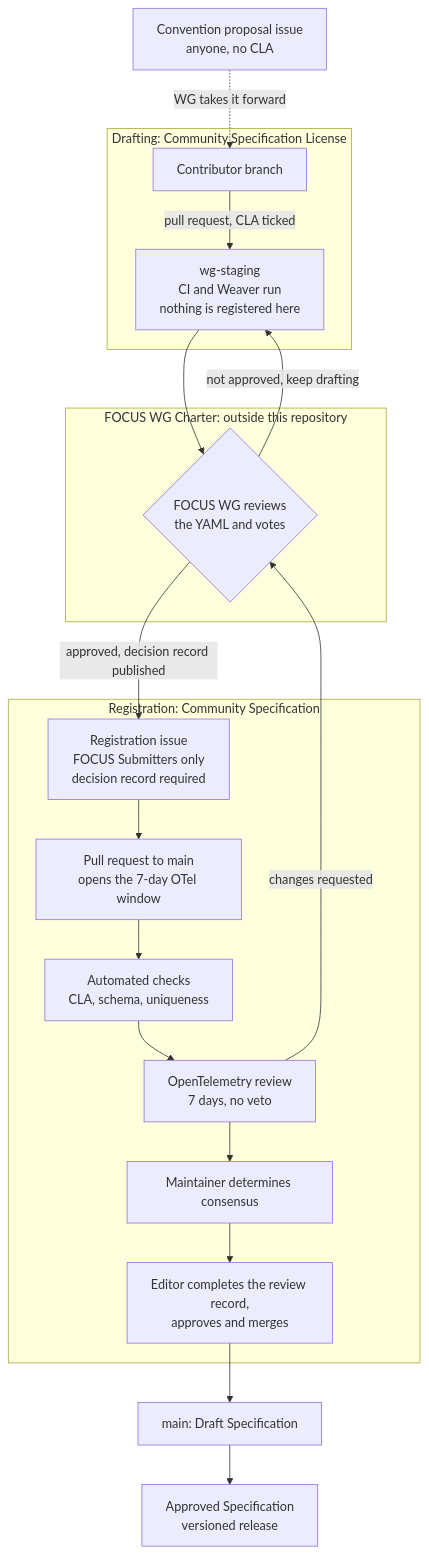
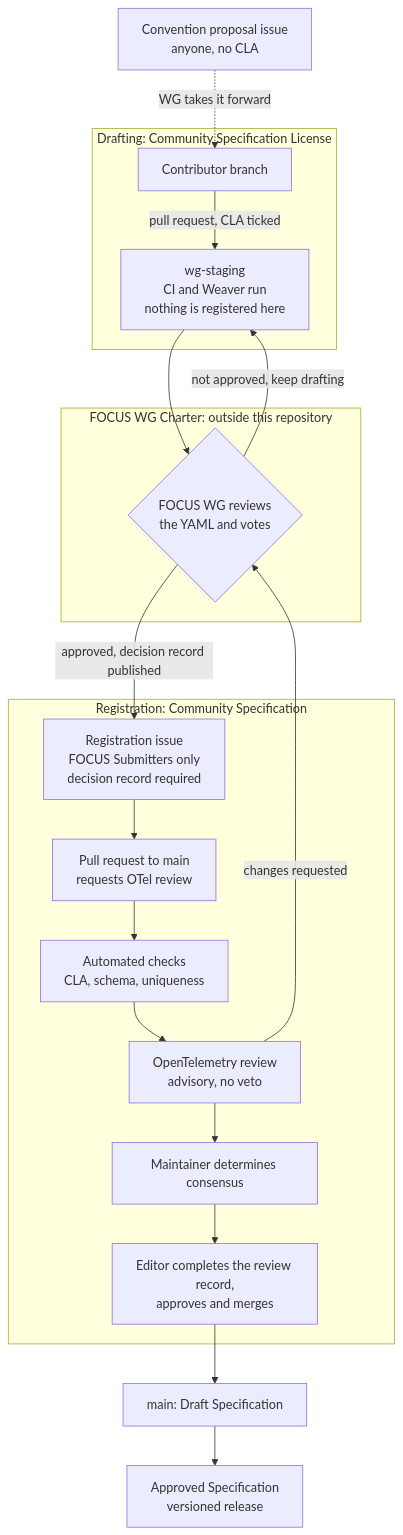
Before and after one commit to FinOps-Open-Cost-and-Usage-Spec/focus-otel-semconv: the diagram in README.md, drawn with Mermaid. The commit also changed other lines of this file and 1 other file, not shown here.

Commit message:
adjustments about review period

````diff
--- a/README.md
+++ b/README.md
@@ -28,34 +28,34 @@
 ```mermaid
 flowchart TD
     P["Convention proposal issue<br/>anyone, no CLA"]
 
     subgraph DRAFT["Drafting: Community Specification License"]
         B["Contributor branch"]
         S["wg-staging<br/>CI and Weaver run<br/>nothing is registered here"]
         B -->|"pull request, CLA ticked"| S
     end
 
     subgraph WG["FOCUS WG Charter: outside this repository"]
         V{"FOCUS WG reviews<br/>the YAML and votes"}
     end
 
     subgraph REG["Registration: Community Specification"]
         I["Registration issue<br/>FOCUS Submitters only<br/>decision record required"]
-        PR["Pull request to main<br/>opens the 7-day OTel window"]
+        PR["Pull request to main<br/>requests OTel review"]
         C["Automated checks<br/>CLA, schema, uniqueness"]
-        O["OpenTelemetry review<br/>7 days, no veto"]
+        O["OpenTelemetry review<br/>advisory, no veto"]
         M["Maintainer determines consensus"]
         E["Editor completes the review record,<br/>approves and merges"]
         I --> PR --> C --> O --> M --> E
     end
 
     MAIN["main: Draft Specification"]
     REL["Approved Specification<br/>versioned release"]
 
     P -.->|"WG takes it forward"| B
     S --> V
     V -->|"not approved, keep drafting"| S
     V -->|"approved, decision record published"| I
     O -->|"changes requested"| V
     E --> MAIN --> REL
 ```
````
